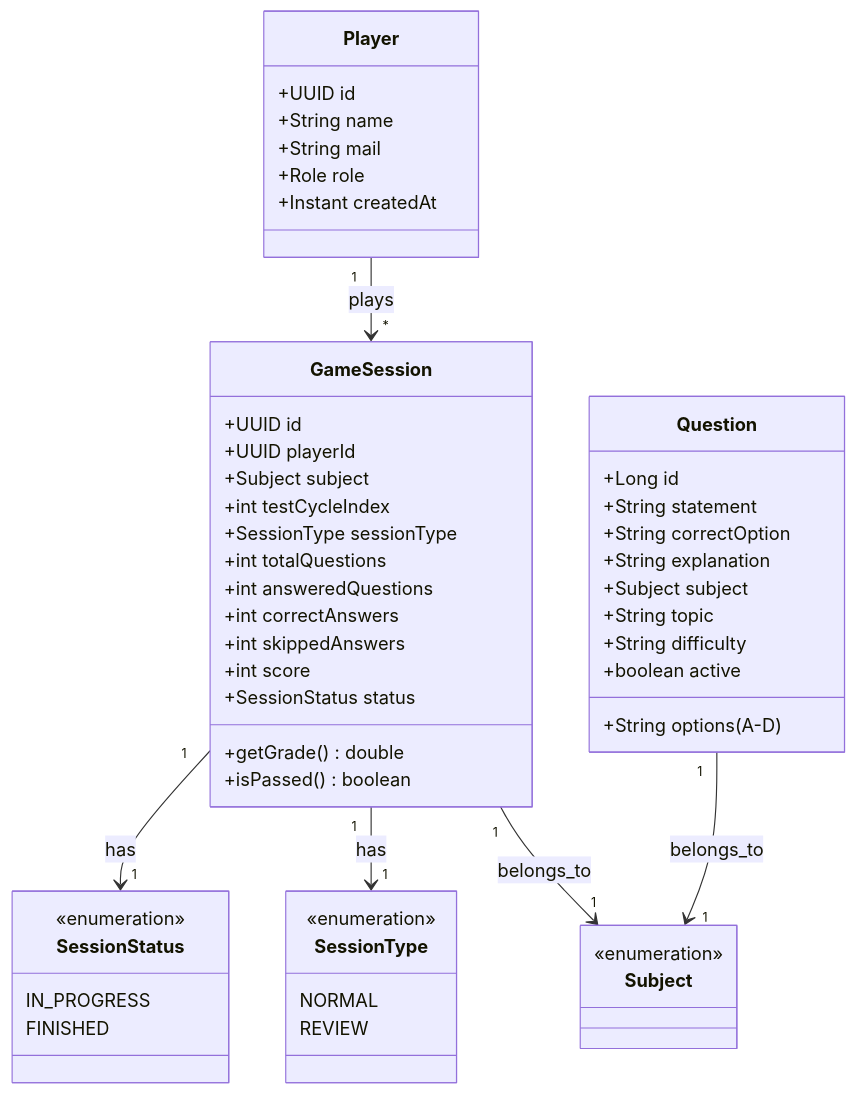
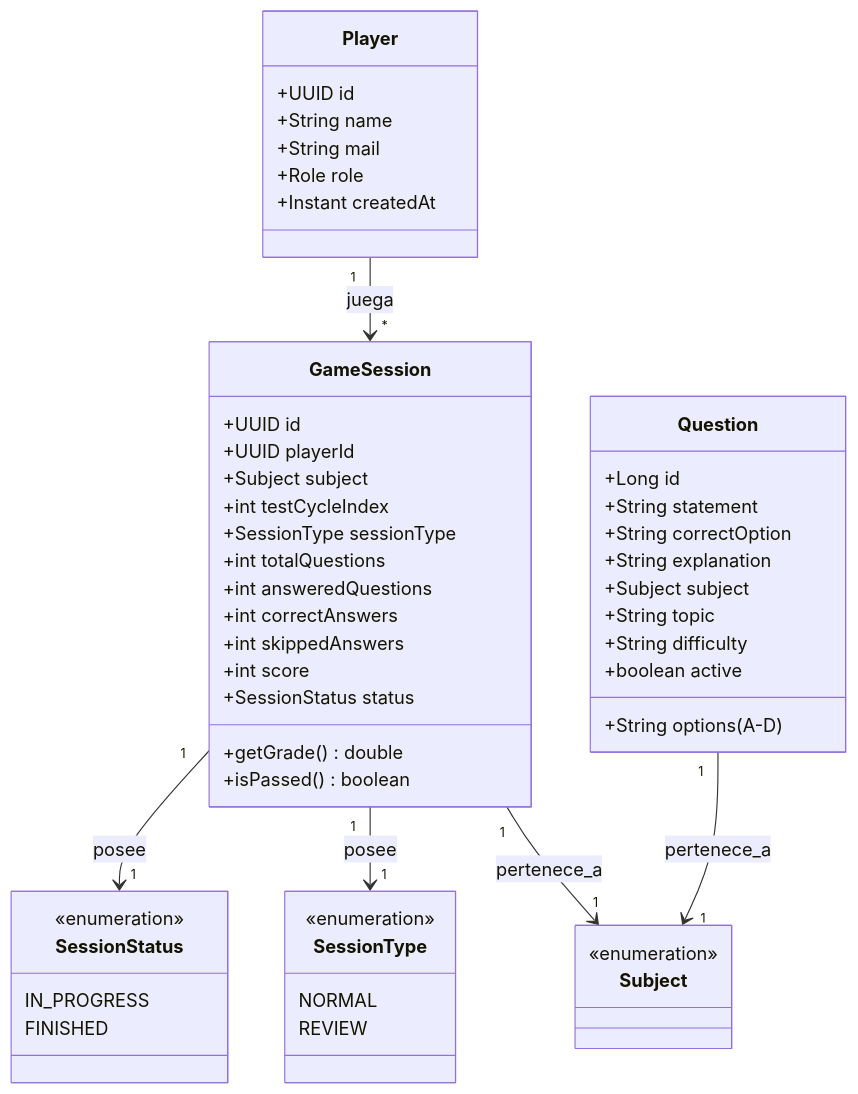
Before and after one commit to AaronSGomez/TriviaHex: the second of 3 diagrams in README.md, drawn with Mermaid. The commit also changed other lines of this file, not shown here.

Commit message:
docs: enhance README with language badges, hexagonal architecture diagrams, and algorithm details

````diff
--- a/README.md
+++ b/README.md
@@ -131,55 +126,55 @@
 ```mermaid
 classDiagram
     class Question {
         +Long id
         +String statement
         +String options (A-D)
         +String correctOption
         +String explanation
         +Subject subject
         +String topic
         +String difficulty
         +boolean active
     }
     class Player {
         +UUID id
         +String name
         +String mail
         +Role role
         +Instant createdAt
     }
     class GameSession {
         +UUID id
         +UUID playerId
         +Subject subject
         +int testCycleIndex
         +SessionType sessionType
         +int totalQuestions
         +int answeredQuestions
         +int correctAnswers
         +int skippedAnswers
         +int score
         +SessionStatus status
         +getGrade() double
         +isPassed() boolean
     }
     class SessionStatus {
         <<enumeration>>
         IN_PROGRESS
         FINISHED
     }
     class SessionType {
         <<enumeration>>
         NORMAL
         REVIEW
     }
     class Subject {
         <<enumeration>>
     }
     
-    Player "1" --> "*" GameSession : plays
-    GameSession "1" --> "1" SessionStatus : has
-    GameSession "1" --> "1" SessionType : has
-    GameSession "1" --> "1" Subject : belongs_to
-    Question "1" --> "1" Subject : belongs_to
+    Player "1" --> "*" GameSession : juega
+    GameSession "1" --> "1" SessionStatus : posee
+    GameSession "1" --> "1" SessionType : posee
+    GameSession "1" --> "1" Subject : pertenece_a
+    Question "1" --> "1" Subject : pertenece_a
 ```
````
